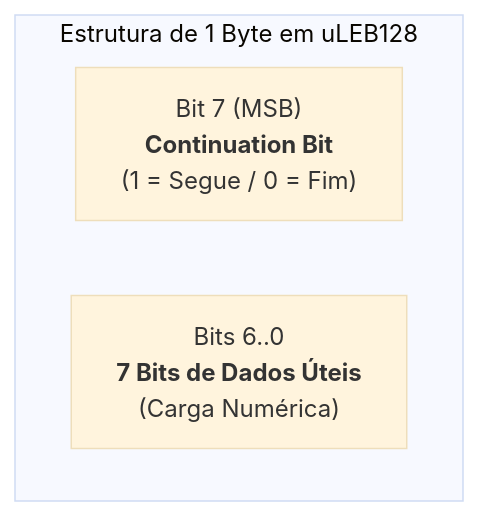
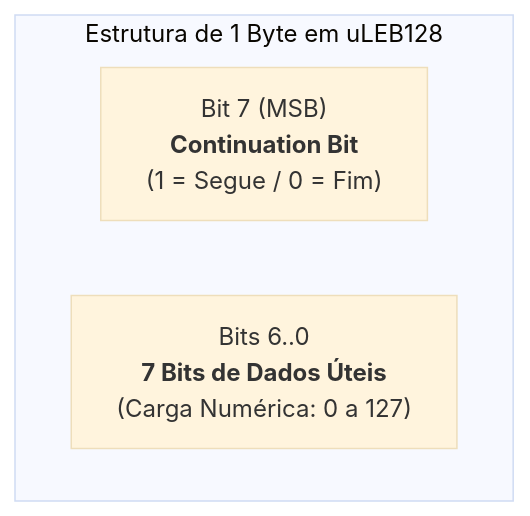
One commit to IanR0sal3s/MCIF-Vault changed the diagram in ASSI/Capítulo 01 - Sistemas Operativos, Serviços e Artefactos/15 - Aplicações Modernas e Matriz Forense/Codificação uLEB128 em Estruturas de Dados do Windows.md. Above: the diagram before and after it, drawn with Mermaid (base theme). The commit also changed other lines of this file and 140 other files, not shown here.

````diff
--- a/ASSI/Capítulo 01 - Sistemas Operativos, Serviços e Artefactos/15 - Aplicações Modernas e Matriz Forense/Codificação uLEB128 em Estruturas de Dados do Windows.md
+++ b/ASSI/Capítulo 01 - Sistemas Operativos, Serviços e Artefactos/15 - Aplicações Modernas e Matriz Forense/Codificação uLEB128 em Estruturas de Dados do Windows.md
@@ -45,8 +51,8 @@
 ```mermaid
 flowchart LR
     subgraph Byte["Estrutura de 1 Byte em uLEB128"]
         direction LR
         b7["Bit 7 (MSB)<br/><b>Continuation Bit</b><br/>(1 = Segue / 0 = Fim)"]
-        b60["Bits 6..0<br/><b>7 Bits de Dados Úteis</b><br/>(Carga Numérica)"]
+        b60["Bits 6..0<br/><b>7 Bits de Dados Úteis</b><br/>(Carga Numérica: 0 a 127)"]
     end
 ```
````
